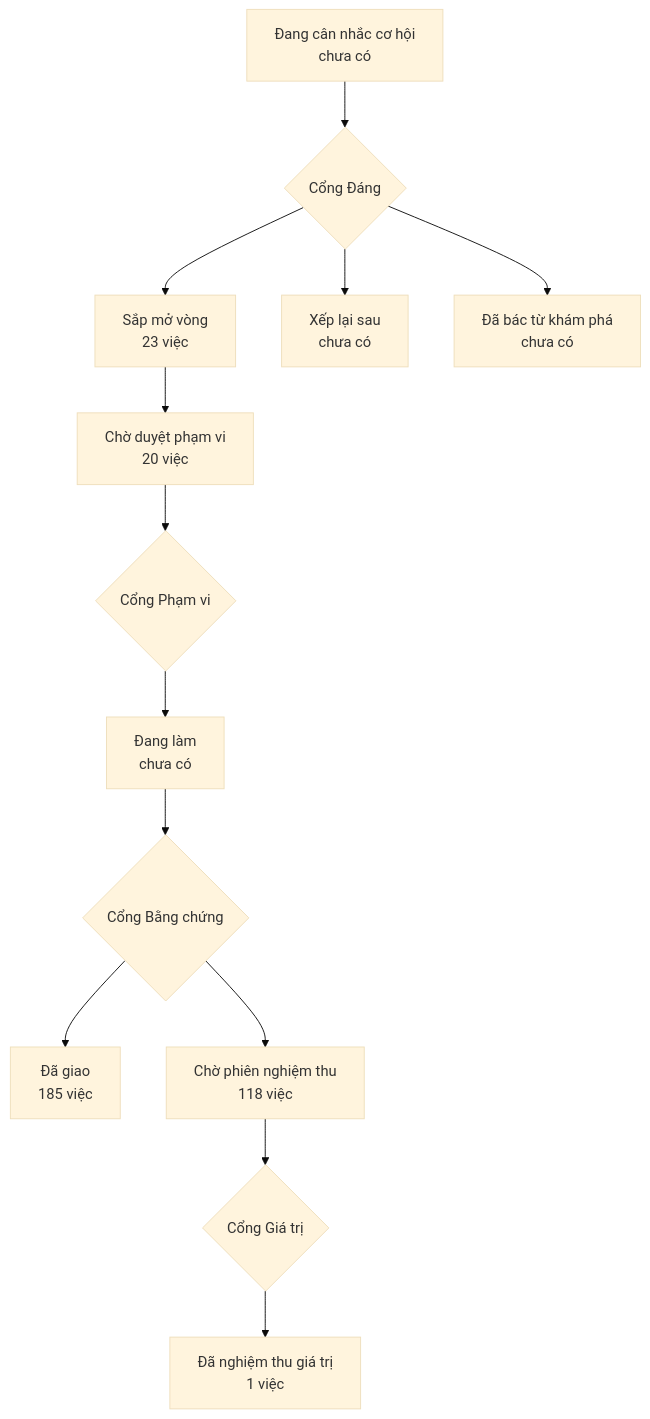
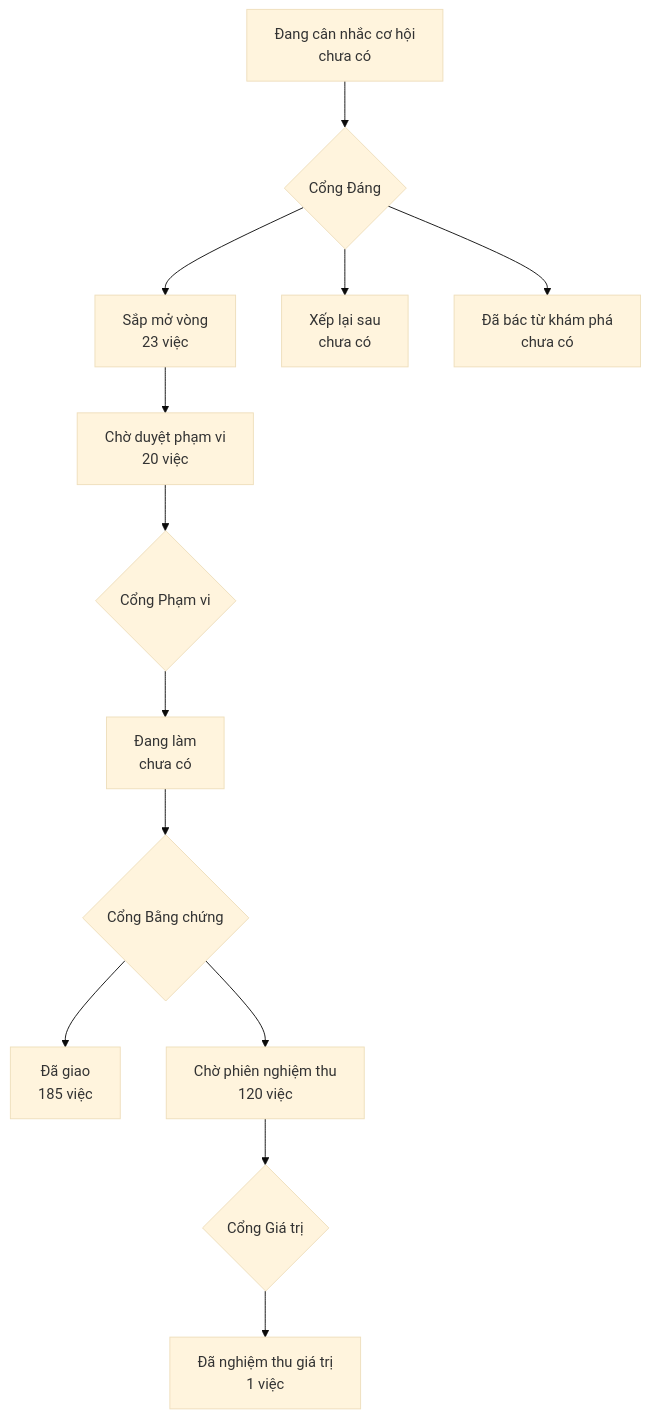
One commit to phanlemanh/onehub-invest changed the diagram in PRODUCT-MAP.md. Above: the diagram before and after it, drawn with Mermaid (base theme). The commit also changed other lines of this file and 1 other file, not shown here.

Commit message:
chore: sinh lại bản đồ sau khi gộp main 14236e59

````diff
--- a/PRODUCT-MAP.md
+++ b/PRODUCT-MAP.md
@@ -7,12 +7,12 @@
 ```mermaid
 flowchart TD
   A["Đang cân nhắc cơ hội<br/>chưa có"] --> GD{"Cổng Đáng"}
   GD --> B["Sắp mở vòng<br/>23 việc"]
   GD --> XL["Xếp lại sau<br/>chưa có"]
   GD --> DB["Đã bác từ khám phá<br/>chưa có"]
   B --> CD["Chờ duyệt phạm vi<br/>20 việc"] --> GP{"Cổng Phạm vi"}
   GP --> DL["Đang làm<br/>chưa có"] --> GB{"Cổng Bằng chứng"}
   GB --> DG["Đã giao<br/>185 việc"]
-  GB --> CN["Chờ phiên nghiệm thu<br/>118 việc"] --> GG{"Cổng Giá trị"}
+  GB --> CN["Chờ phiên nghiệm thu<br/>120 việc"] --> GG{"Cổng Giá trị"}
   GG --> NT["Đã nghiệm thu giá trị<br/>1 việc"]
 ```
````
